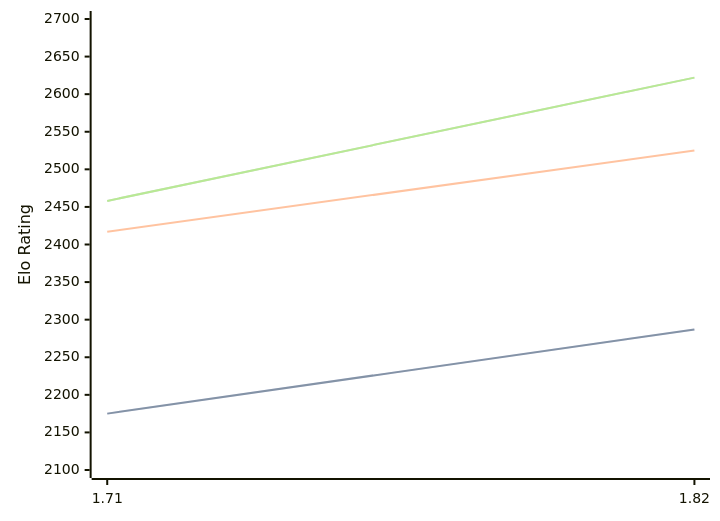
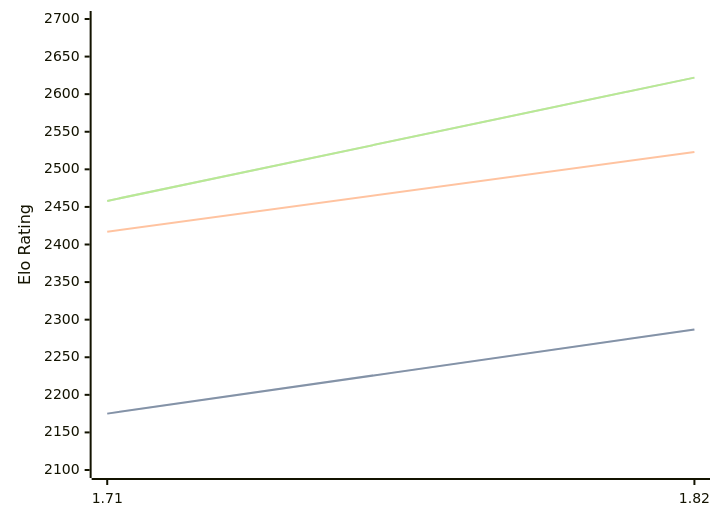
One commit to computer-chess-index/cci changed the diagram in engines/Amira.md. Above: the diagram before and after it, drawn with Mermaid. The commit also changed other lines of this file, not shown here.

````diff
--- a/engines/Amira.md
+++ b/engines/Amira.md
@@ -35,11 +35,11 @@
 ```mermaid
 %%{init: {"theme":"base","themeVariables":{"seriesColors:['#a3a3a3','#222221','#faa371']}}}%%
 xychart-beta
   x-axis ["1.71", "1.82"]
   y-axis "Elo Rating" 2100 --> 2700
   line "STC (8.0+0.08s)" [2175, 2287]
   line "STC (8.0+0.08s)" [2175, 2287]
-  line "LTC (60.0+0.60s)" [2417, 2525]
+  line "LTC (60.0+0.60s)" [2417, 2523]
   line "VLTC (2m24s+1.12s)" [2458, 2622]
   line "VLTC (2m24s+1.12s)" [2458, 2622]
 ```
````
